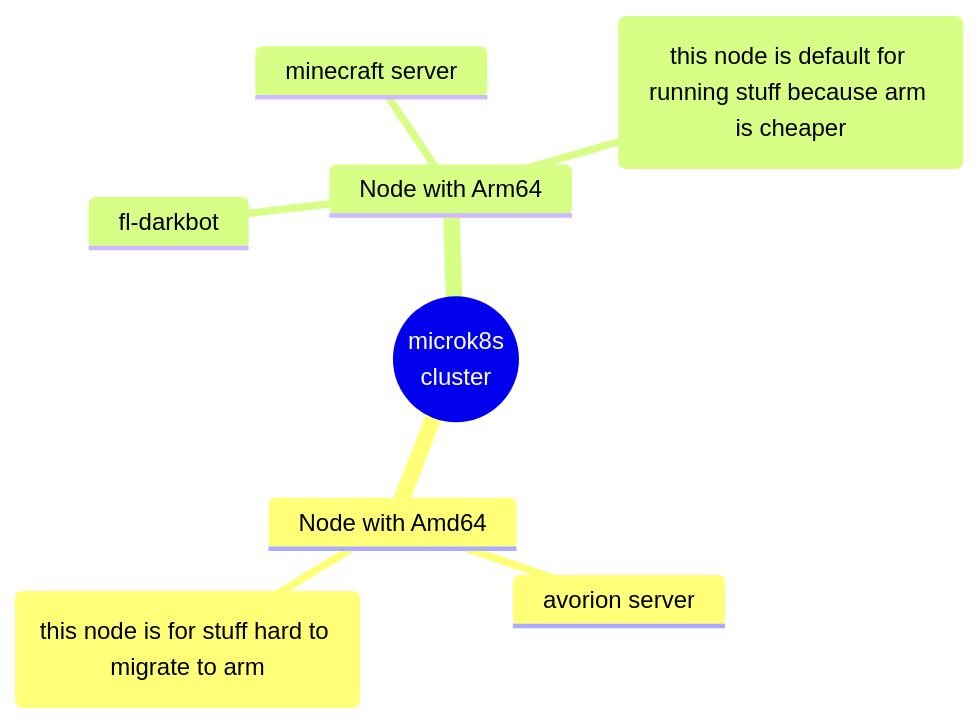
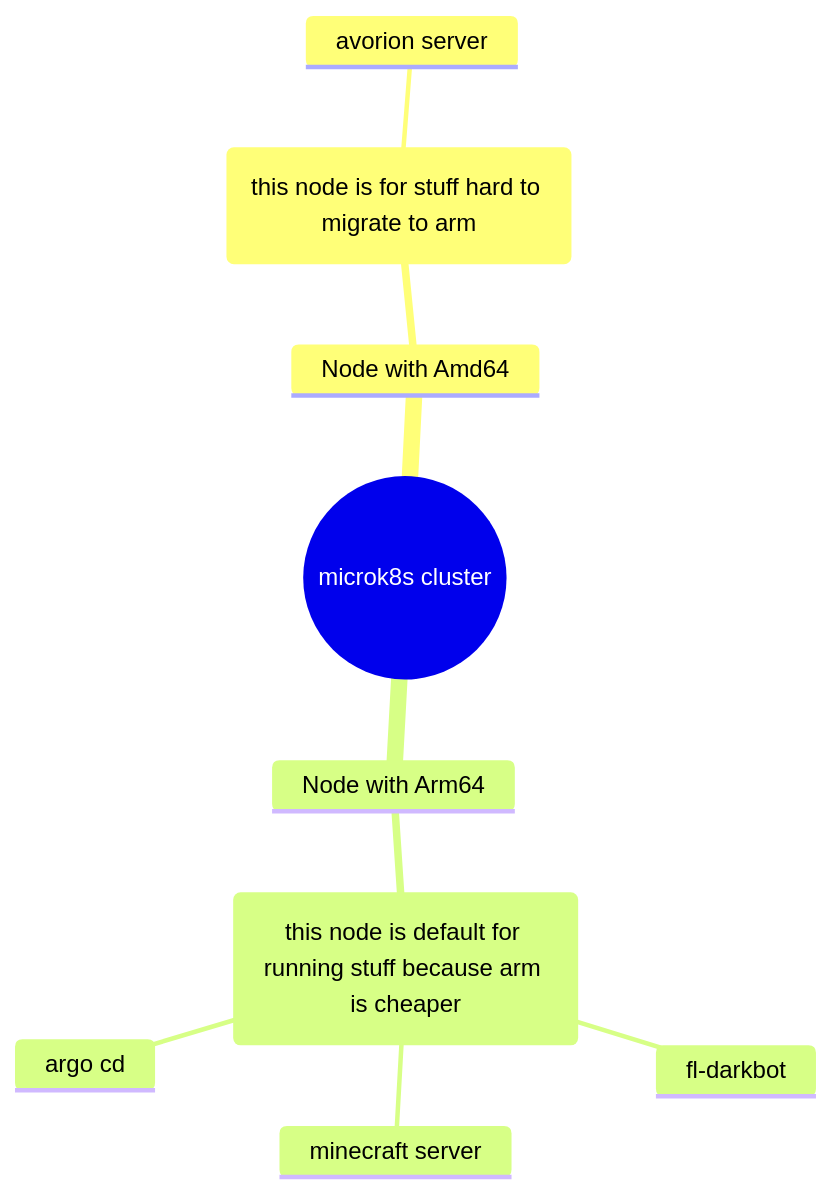
The diagram in README.md (darklab8/infra), drawn with Mermaid before and after one commit.

Commit message:
refactor: argo cd to add

````diff
--- a/README.md
+++ b/README.md
@@ -10,12 +10,12 @@
 ```mermaid
 mindmap
-  cluster((microk8s
-  cluster))
+  cluster((microk8s cluster))
     Node with Amd64
-      avorion server
       desc(this node is for stuff hard to migrate to arm)
+        avorion server
     Node with Arm64
-      fl-darkbot
-      minecraft server
       desc(this node is default for running stuff because arm is cheaper)
+        fl-darkbot
+        minecraft server
+        argo cd
 ```
````
